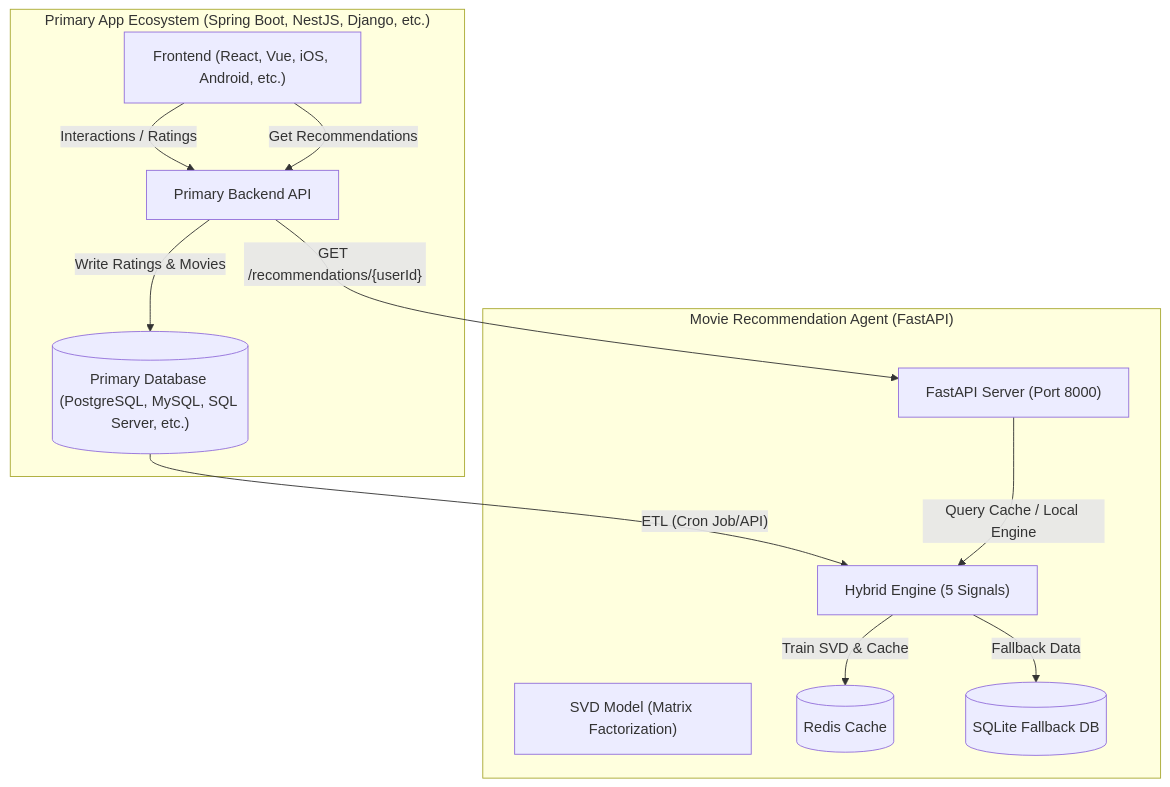
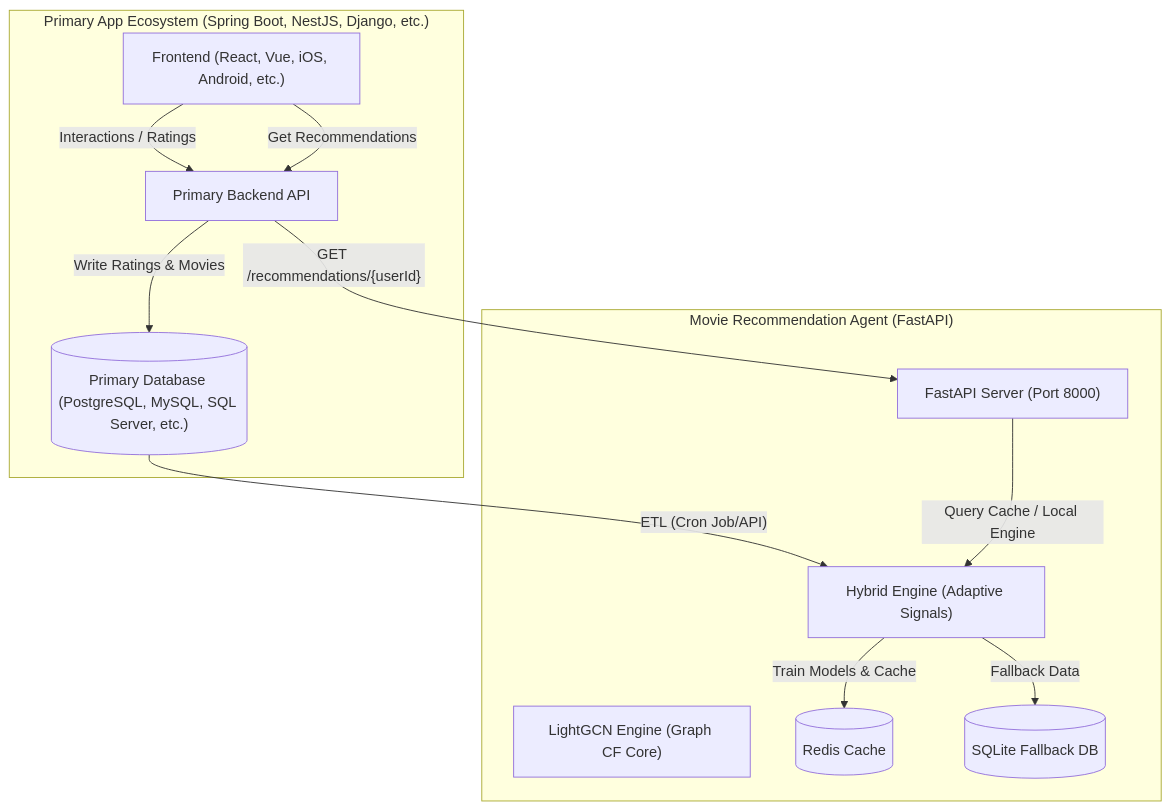
Before and after one commit to uongthanhtu/Movie-Recommendation-Hybrid-Engine: the diagram in README.md, drawn with Mermaid. The commit also changed other lines of this file, not shown here.

Commit message:
docs: upgrade README to academic-grade with LightGCN core and math formulas

````diff
--- a/README.md
+++ b/README.md
@@ -11,25 +11,25 @@
 ```mermaid
 graph TD
     subgraph "Primary App Ecosystem (Spring Boot, NestJS, Django, etc.)"
         FE["Frontend (React, Vue, iOS, Android, etc.)"]
         BACKEND["Primary Backend API"]
         DB_PROD[("Primary Database (PostgreSQL, MySQL, SQL Server, etc.)")]
     end
 
     subgraph "Movie Recommendation Agent (FastAPI)"
         FAST["FastAPI Server (Port 8000)"]
-        HYBRID["Hybrid Engine (5 Signals)"]
-        SVD["SVD Model (Matrix Factorization)"]
+        HYBRID["Hybrid Engine (Adaptive Signals)"]
+        LIGHTGCN["LightGCN Engine (Graph CF Core)"]
         REDIS[("Redis Cache")]
         DB_DEV[("SQLite Fallback DB")]
     end
 
     FE -->|"Interactions / Ratings"| BACKEND
     BACKEND -->|"Write Ratings & Movies"| DB_PROD
     DB_PROD -->|"ETL (Cron Job/API)"| HYBRID
-    HYBRID -->|"Train SVD & Cache"| REDIS
+    HYBRID -->|"Train Models & Cache"| REDIS
     HYBRID -->|"Fallback Data"| DB_DEV
     BACKEND -->|"GET /recommendations/{userId}"| FAST
     FAST -->|"Query Cache / Local Engine"| HYBRID
     FE -->|"Get Recommendations"| BACKEND
 ```
````
